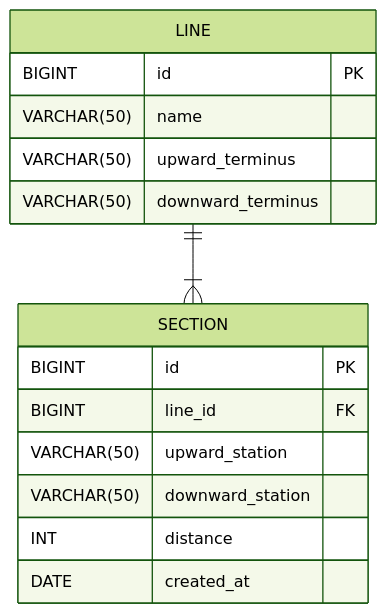
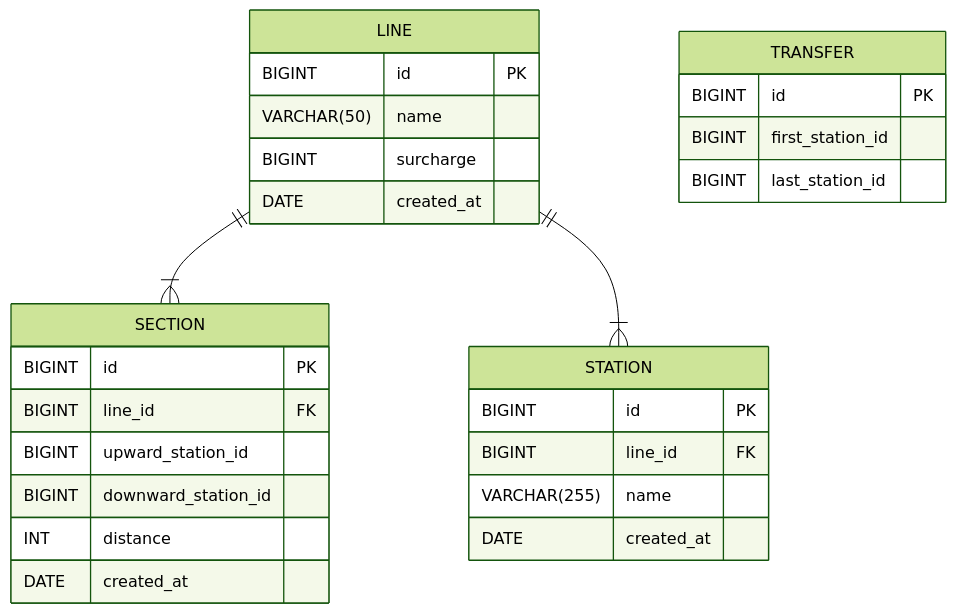
Before and after one commit to woowacourse/jwp-subway-path: the third of 3 diagrams in README.md, drawn with Mermaid (forest theme). The commit also changed other lines of this file and 72 other files, not shown here.

````diff
--- a/README.md
+++ b/README.md
@@ -41,18 +61,30 @@
 ```mermaid
 erDiagram
-    LINE ||--|{ SECTION : ""
-	LINE {
+  LINE ||--|{ SECTION : ""
+  LINE ||--|{ STATION : ""
+  LINE {
 		BIGINT id PK
 		VARCHAR(50) name
-		VARCHAR(50) upward_terminus
-		VARCHAR(50) downward_terminus
+        BIGINT surcharge
+        DATE created_at
 	}
     SECTION {
         BIGINT id PK
         BIGINT line_id FK
-        VARCHAR(50) upward_station
-        VARCHAR(50) downward_station
+        BIGINT upward_station_id
+        BIGINT downward_station_id
         INT distance
         DATE created_at
     }
+    STATION {
+        BIGINT id PK
+        BIGINT line_id FK
+        VARCHAR(255) name
+        DATE created_at
+    }
+    TRANSFER {
+        BIGINT id PK
+        BIGINT first_station_id
+        BIGINT last_station_id
+    }
 ```
````
